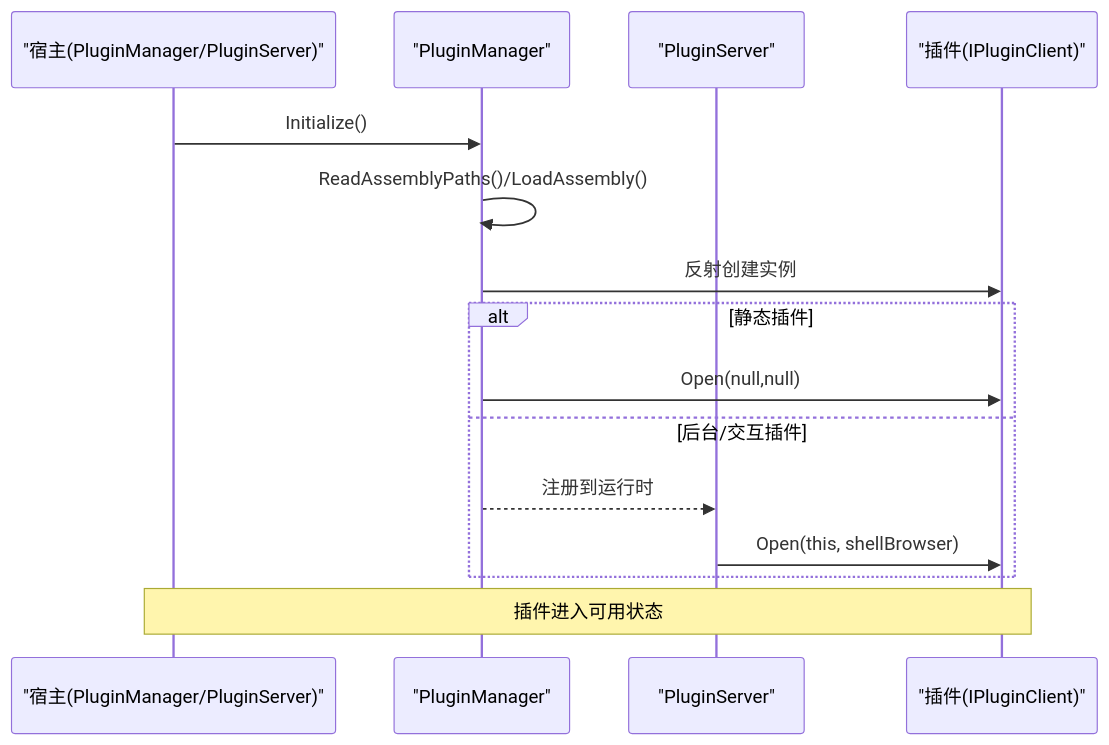
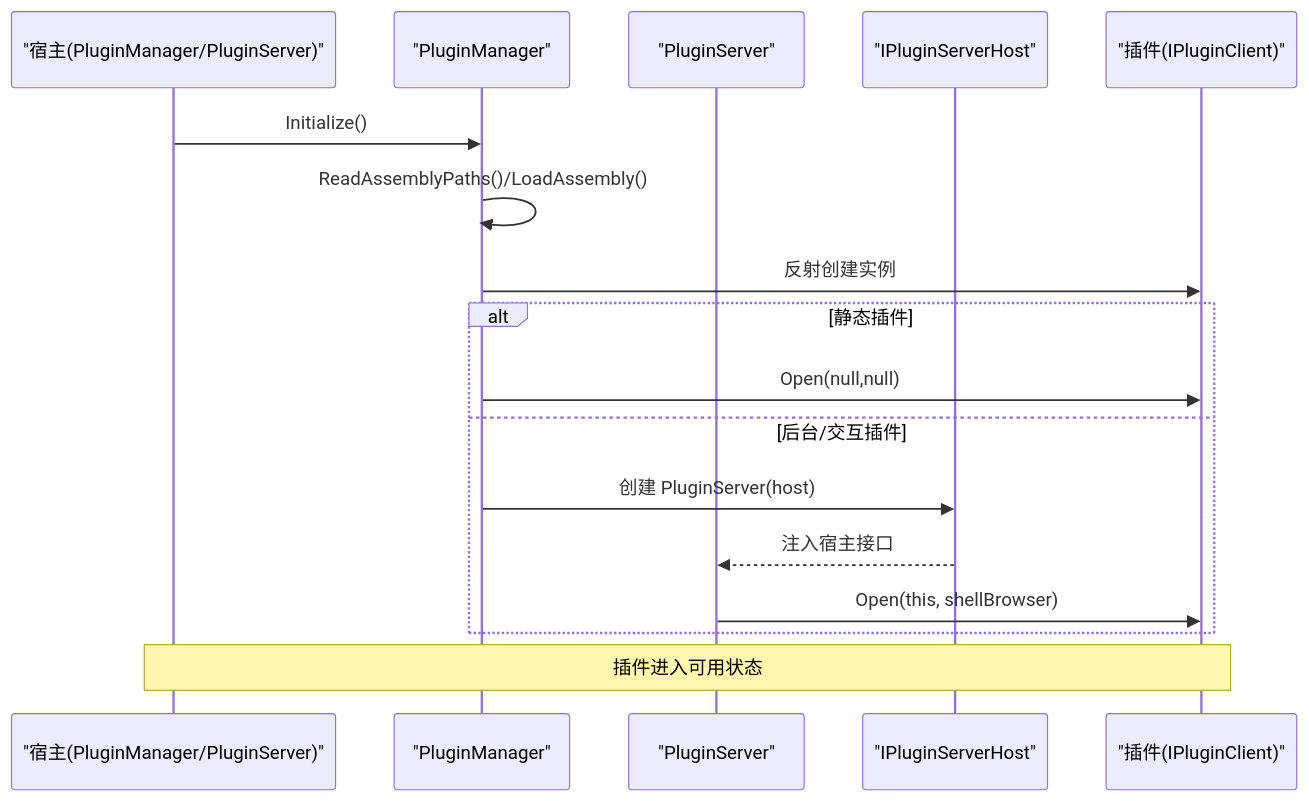
One commit to rainiva/QTTabBar-Next changed the third of 8 diagrams in .qoder/repowiki/zh/content/架构设计/插件架构设计.md. Above: the diagram before and after it, drawn with Mermaid. The commit also changed other lines of this file and 415 other files, not shown here.

````diff
--- a/.qoder/repowiki/zh/content/架构设计/插件架构设计.md
+++ b/.qoder/repowiki/zh/content/架构设计/插件架构设计.md
@@ -247,17 +272,19 @@
 ```mermaid
 sequenceDiagram
 participant Host as "宿主(PluginManager/PluginServer)"
 participant PM as "PluginManager"
 participant PS as "PluginServer"
+participant HostInterface as "IPluginServerHost"
 participant PL as "插件(IPluginClient)"
 Host->>PM : Initialize()
 PM->>PM : ReadAssemblyPaths()/LoadAssembly()
 PM->>PL : 反射创建实例
 alt 静态插件
 PM->>PL : Open(null,null)
 else 后台/交互插件
-PM-->>PS : 注册到运行时
+PM->>HostInterface : 创建 PluginServer(host)
+HostInterface-->>PS : 注入宿主接口
 PS->>PL : Open(this, shellBrowser)
 end
 Note over Host,PL : 插件进入可用状态
 ```
````
